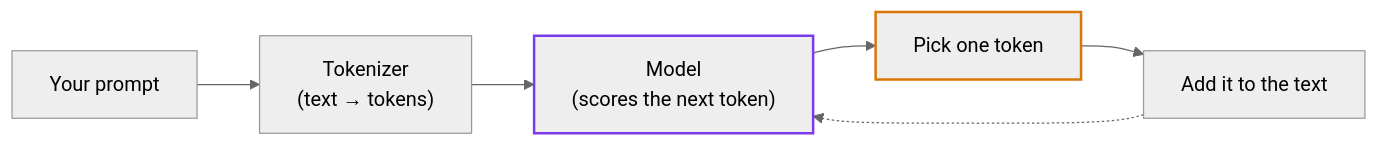
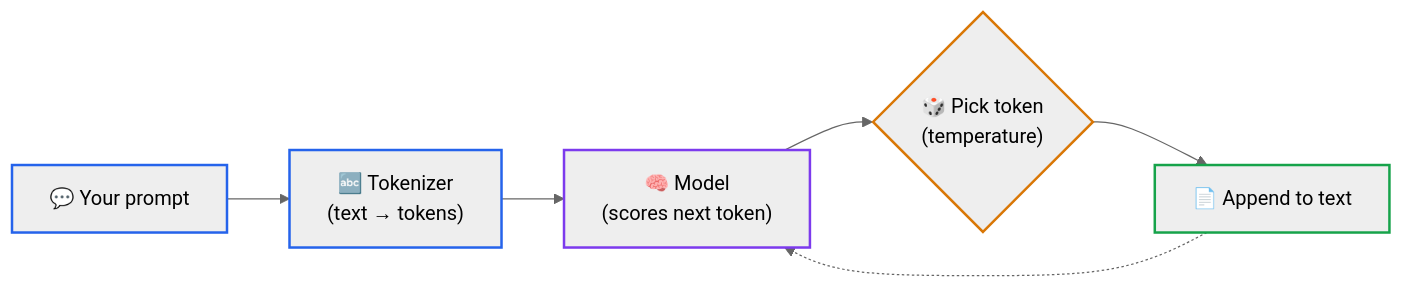
One commit to dip4k/senior-engineer-to-ai-engineer-roadmap changed the first of 2 diagrams in 00-foundations-and-token-mechanics/00-what-is-an-llm.md. Above: the diagram before and after it, drawn with Mermaid (neutral theme). The commit also changed other lines of this file and 39 other files, not shown here.

First line of the commit message:
feat(curriculum): upgrade mermaid diagrams with unicode icons & codify anti-bloat layout rules

````diff
--- a/00-foundations-and-token-mechanics/00-what-is-an-llm.md
+++ b/00-foundations-and-token-mechanics/00-what-is-an-llm.md
@@ -61,11 +61,14 @@
 ```mermaid
 flowchart LR
-    P["Your prompt"] --> T["Tokenizer<br>(text → tokens)"]
-    T --> M["Model<br>(scores the next token)"]
-    M --> S["Pick one token"]
-    S --> O["Add it to the text"]
+    P["💬 Your prompt"] --> T["🔤 Tokenizer<br>(text → tokens)"]
+    T --> M["🧠 Model<br>(scores next token)"]
+    M --> S{"🎲 Pick token<br>(temperature)"}
+    S --> O["📄 Append to text"]
     O -.-> M
 
+    style P stroke:#2563eb,stroke-width:2px
+    style T stroke:#2563eb,stroke-width:2px
     style M stroke:#7c3aed,stroke-width:2px
     style S stroke:#d97706,stroke-width:2px
+    style O stroke:#16a34a,stroke-width:2px
 ```
````
